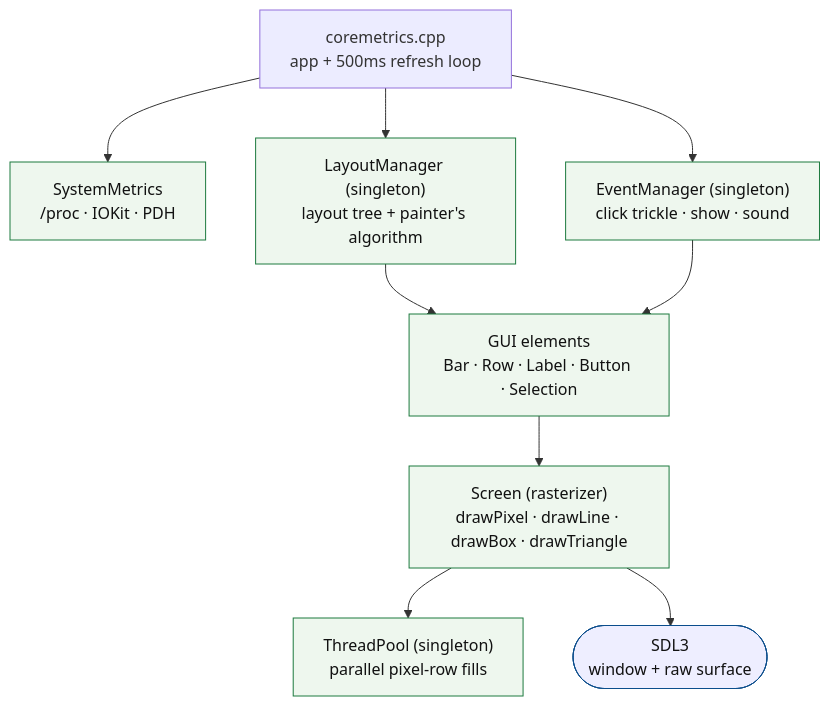
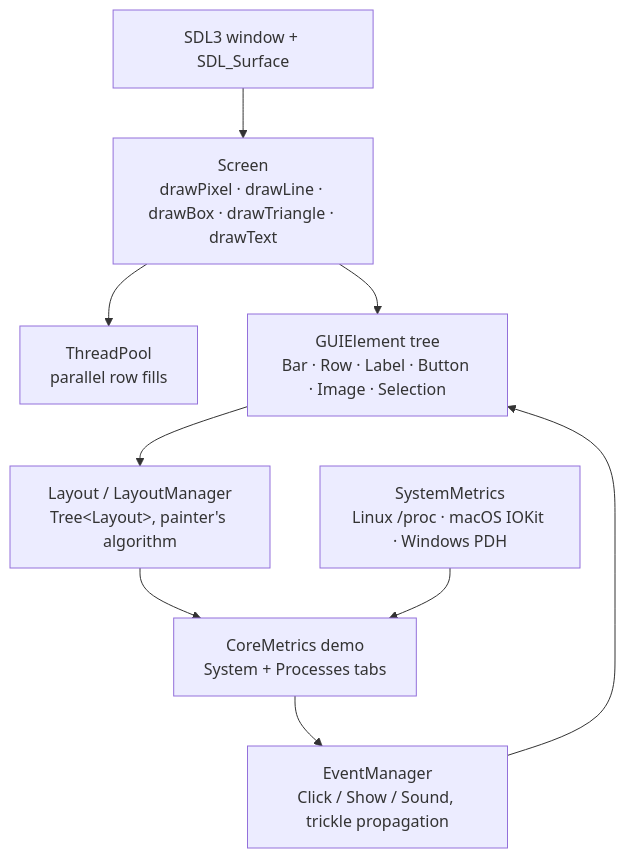
One commit to sviatil0/coremetrics changed the diagram in README.md. Above: the diagram before and after it, drawn with Mermaid. The commit also changed other lines of this file, not shown here.

````diff
--- a/README.md
+++ b/README.md
@@ -101,25 +80,20 @@
 ```mermaid
 flowchart TD
-    APP["coremetrics.cpp<br/>app + 500ms refresh loop"]
-    SM["SystemMetrics<br/>/proc · IOKit · PDH"]
-    LM["LayoutManager (singleton)<br/>layout tree + painter's algorithm"]
-    EV["EventManager (singleton)<br/>click trickle · show · sound"]
-    GUI["GUI elements<br/>Bar · Row · Label · Button · Selection"]
-    SCR["Screen (rasterizer)<br/>drawPixel · drawLine · drawBox · drawTriangle"]
-    TP["ThreadPool (singleton)<br/>parallel pixel-row fills"]
-    SDL(["SDL3<br/>window + raw surface"])
+    SDL["SDL3 window + SDL_Surface"]
+    Screen["Screen<br/>drawPixel · drawLine · drawBox · drawTriangle · drawText"]
+    Pool["ThreadPool<br/>parallel row fills"]
+    Elements["GUIElement tree<br/>Bar · Row · Label · Button · Image · Selection"]
+    Layout["Layout / LayoutManager<br/>Tree&lt;Layout&gt;, painter's algorithm"]
+    Events["EventManager<br/>Click / Show / Sound, trickle propagation"]
+    Metrics["SystemMetrics<br/>Linux /proc · macOS IOKit · Windows PDH"]
+    App["CoreMetrics demo<br/>System + Processes tabs"]
 
-    APP --> SM
-    APP --> LM
-    APP --> EV
-    LM --> GUI
-    EV --> GUI
-    GUI --> SCR
-    SCR --> TP
-    SCR --> SDL
-
-    classDef mine fill:#eef7ee,stroke:#1d7a3e,color:#111;
-    classDef dep fill:#eef,stroke:#0a4d8c,color:#111;
-    class SM,LM,EV,GUI,SCR,TP mine;
-    class SDL dep;
+    SDL --> Screen
+    Screen --> Pool
+    Screen --> Elements
+    Elements --> Layout
+    Layout --> App
+    Events --> Elements
+    Metrics --> App
+    App --> Events
 ```
````
